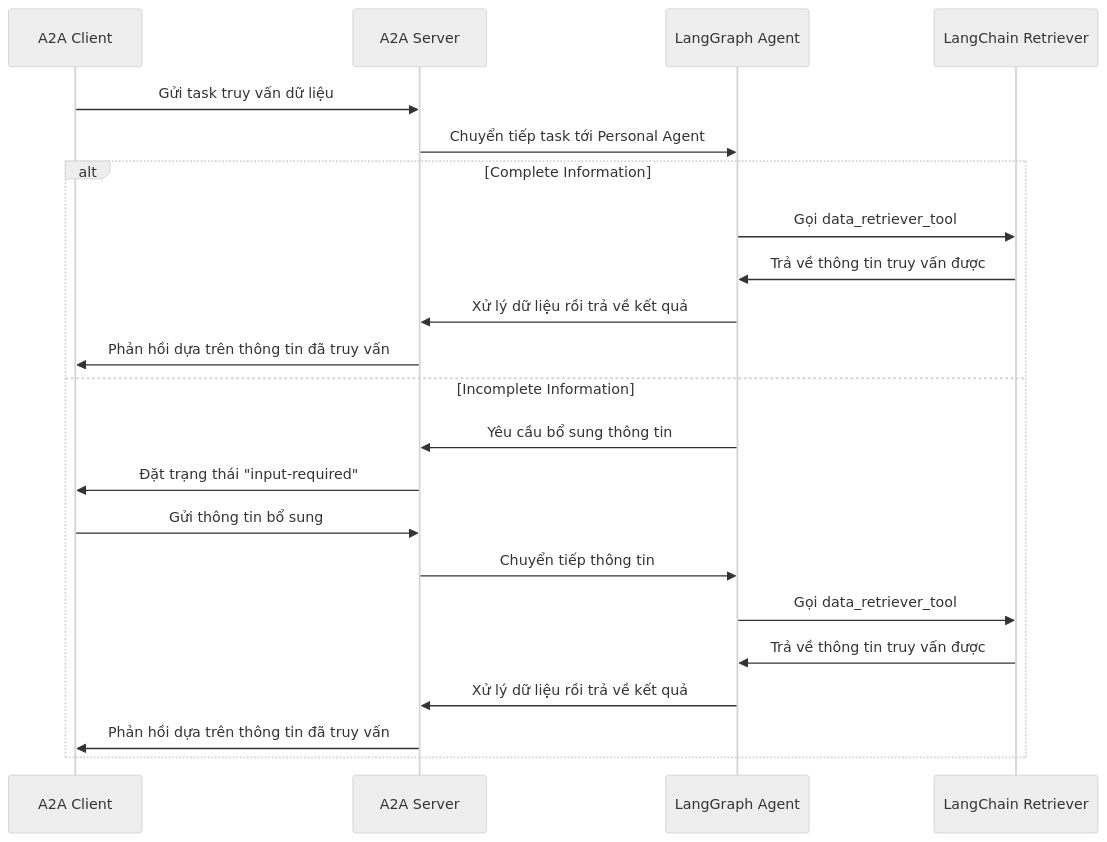
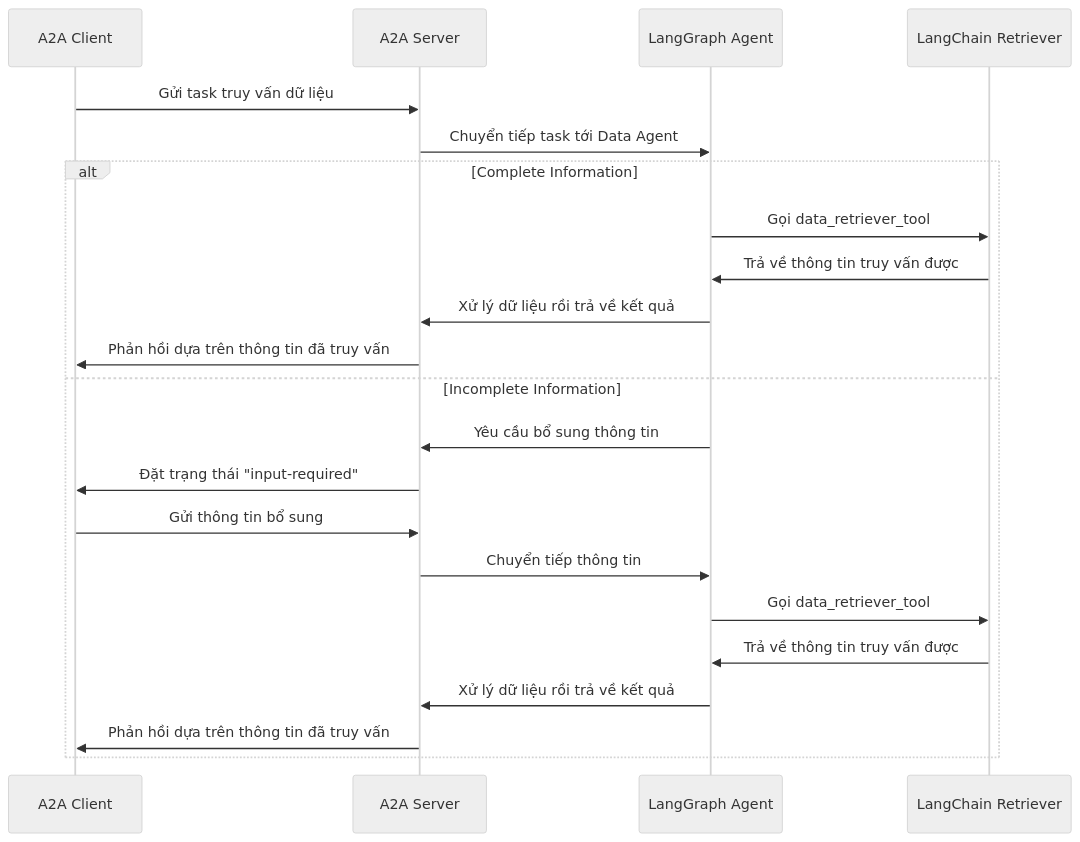
The diagram in remote_agents/README.md (HuNguyen51/AI-agent-for-medical), drawn with Mermaid (neutral theme) before and after one commit. The commit also changed other lines of this file and 16 other files, not shown here.

````diff
--- a/remote_agents/README.md
+++ b/remote_agents/README.md
@@ -11,26 +11,26 @@
 ```mermaid
 sequenceDiagram
     participant Client as A2A Client
     participant Server as A2A Server
     participant Agent as LangGraph Agent
     participant Retriever as LangChain Retriever
 
     Client->>Server: Gửi task truy vấn dữ liệu
-    Server->>Agent:  Chuyển tiếp task tới Personal Agent
+    Server->>Agent:  Chuyển tiếp task tới Data Agent
 
     alt Complete Information
         Agent->>Retriever: Gọi data_retriever_tool
         Retriever->>Agent: Trả về thông tin truy vấn được
         Agent->>Server: Xử lý dữ liệu rồi trả về kết quả
         Server->>Client: Phản hồi dựa trên thông tin đã truy vấn
     else Incomplete Information
         Agent->>Server: Yêu cầu bổ sung thông tin
         Server->>Client: Đặt trạng thái "input-required"
         Client->>Server: Gửi thông tin bổ sung
         Server->>Agent: Chuyển tiếp thông tin
         Agent->>Retriever: Gọi data_retriever_tool
         Retriever->>Agent: Trả về thông tin truy vấn được
         Agent->>Server: Xử lý dữ liệu rồi trả về kết quả
         Server->>Client: Phản hồi dựa trên thông tin đã truy vấn
     end
 ```
````
